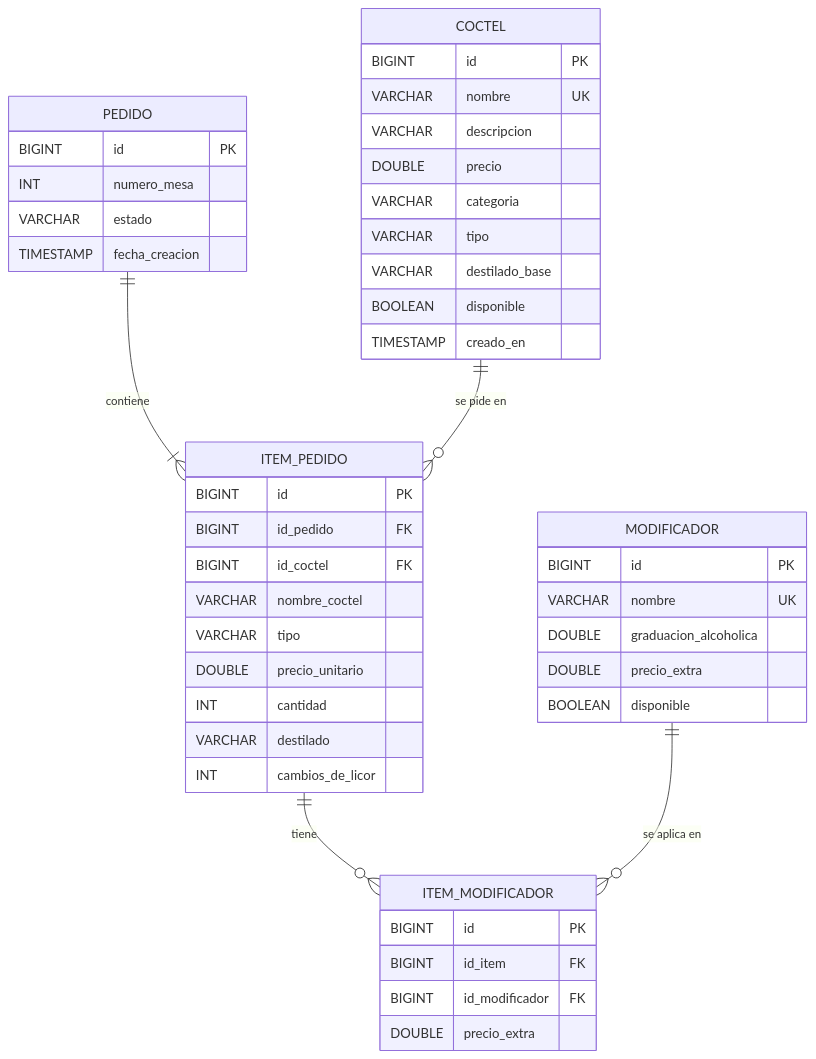
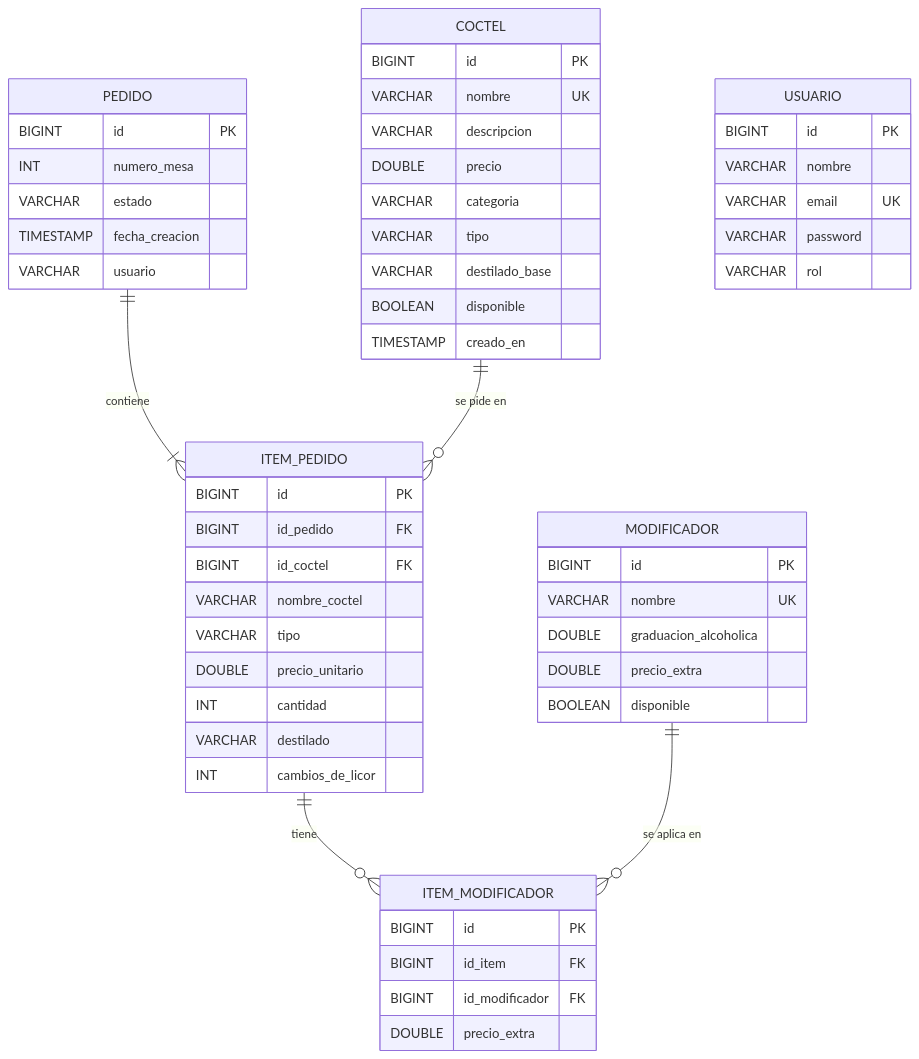
Before and after one commit to JUANNICOLASA/Bitacora_Corte2_NicolasAlvarez: the third of 5 diagrams in README.md, drawn with Mermaid. The commit also changed other lines of this file and 17 other files, not shown here.

Commit message:
README con indice, seguridad, Docker, CI/CD, diagramas y evidencias

````diff
--- a/README.md
+++ b/README.md
@@ -204,48 +283,56 @@
 ```mermaid
 erDiagram
     COCTEL {
         BIGINT id PK
         VARCHAR nombre UK
         VARCHAR descripcion
         DOUBLE precio
         VARCHAR categoria
         VARCHAR tipo
         VARCHAR destilado_base
         BOOLEAN disponible
         TIMESTAMP creado_en
     }
     MODIFICADOR {
         BIGINT id PK
         VARCHAR nombre UK
         DOUBLE graduacion_alcoholica
         DOUBLE precio_extra
         BOOLEAN disponible
     }
     PEDIDO {
         BIGINT id PK
         INT numero_mesa
         VARCHAR estado
         TIMESTAMP fecha_creacion
+        VARCHAR usuario
     }
     ITEM_PEDIDO {
         BIGINT id PK
         BIGINT id_pedido FK
         BIGINT id_coctel FK
         VARCHAR nombre_coctel
         VARCHAR tipo
         DOUBLE precio_unitario
         INT cantidad
         VARCHAR destilado
         INT cambios_de_licor
     }
     ITEM_MODIFICADOR {
         BIGINT id PK
         BIGINT id_item FK
         BIGINT id_modificador FK
         DOUBLE precio_extra
     }
+    USUARIO {
+        BIGINT id PK
+        VARCHAR nombre
+        VARCHAR email UK
+        VARCHAR password
+        VARCHAR rol
+    }
     PEDIDO ||--|{ ITEM_PEDIDO : contiene
     COCTEL ||--o{ ITEM_PEDIDO : "se pide en"
     ITEM_PEDIDO ||--o{ ITEM_MODIFICADOR : tiene
     MODIFICADOR ||--o{ ITEM_MODIFICADOR : "se aplica en"
 ```
````
